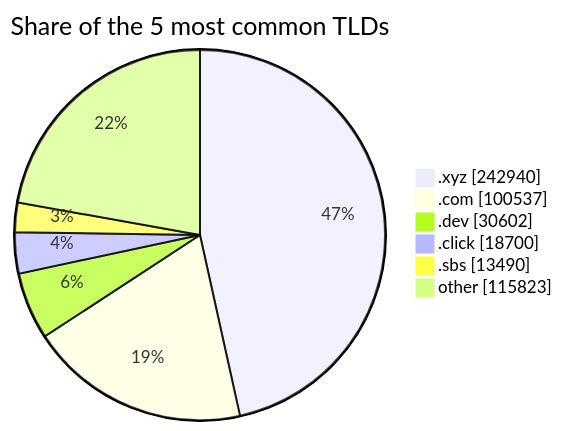
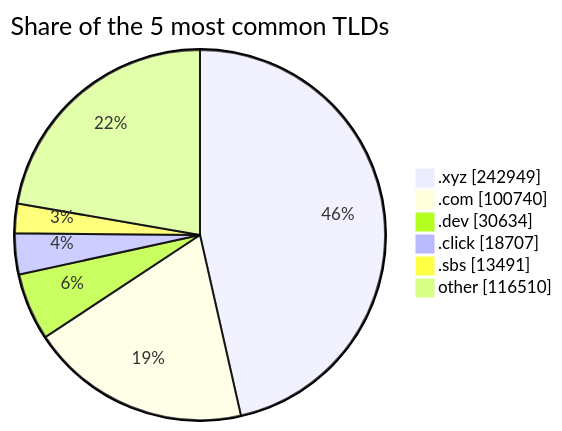
The third of 3 diagrams in README.md (DNSBunker/CTI), drawn with Mermaid before and after one commit. The commit also changed other lines of this file and 3 other files, not shown here.

````diff
--- a/README.md
+++ b/README.md
@@ -81,9 +81,9 @@
 ```mermaid
 pie showData title Share of the 5 most common TLDs
-    ".xyz" : 242940
-    ".com" : 100537
-    ".dev" : 30602
-    ".click" : 18700
-    ".sbs" : 13490
-    "other" : 115823
+    ".xyz" : 242949
+    ".com" : 100740
+    ".dev" : 30634
+    ".click" : 18707
+    ".sbs" : 13491
+    "other" : 116510
 ```
````
